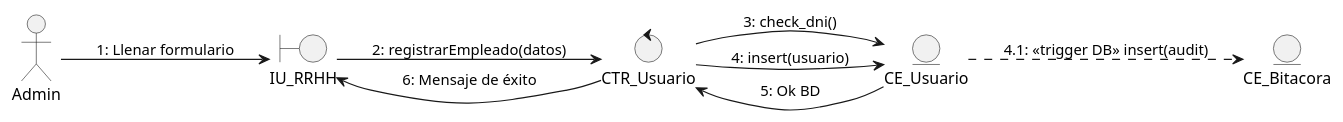
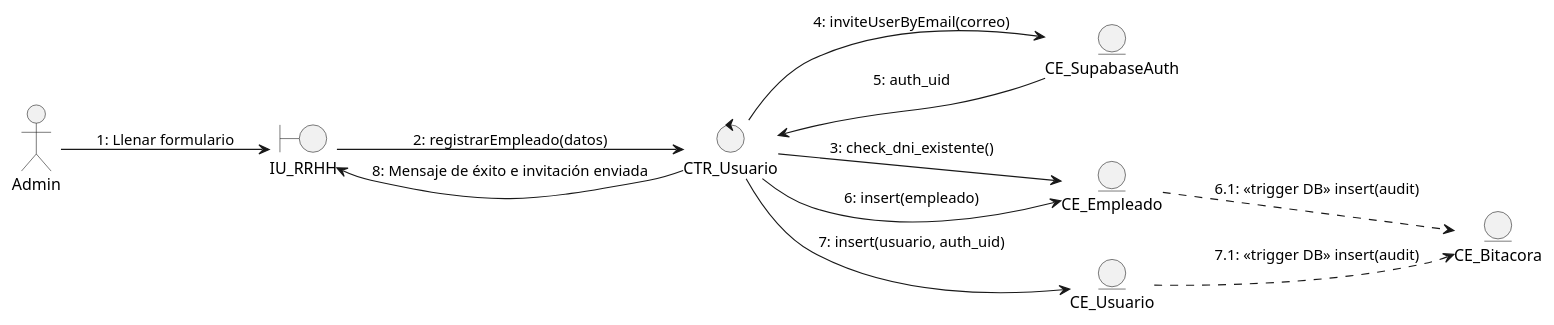
Before and after one commit to INGvainilla/grulacOFICIAL: diagram 25 of 46 in PROYECTO-MAIN/oficial/OFICIAL.md, drawn with PlantUML. The commit also changed other lines of this file and 21 other files, not shown here.

````diff
--- a/PROYECTO-MAIN/oficial/OFICIAL.md
+++ b/PROYECTO-MAIN/oficial/OFICIAL.md
@@ -2395,18 +2492,23 @@
 ```plantuml
 @startuml DCom_CU03
 left to right direction
 skinparam backgroundColor transparent
 actor "Admin" as Actor
 boundary "IU_RRHH" as IU
 control "CTR_Usuario" as CTR
-entity "CE_Usuario" as ENT
-entity "CE_Bitacora" as ENT2
+entity "CE_SupabaseAuth" as AUTH
+entity "CE_Empleado" as ENT1
+entity "CE_Usuario" as ENT2
+entity "CE_Bitacora" as ENT3
 Actor --> IU : 1: Llenar formulario
 IU --> CTR : 2: registrarEmpleado(datos)
-CTR --> ENT : 3: check_dni()
-CTR --> ENT : 4: insert(usuario)
-ENT ..> ENT2 : 4.1: <<trigger DB>> insert(audit)
-ENT --> CTR : 5: Ok BD
-CTR --> IU : 6: Mensaje de éxito
+CTR --> ENT1 : 3: check_dni_existente()
+CTR --> AUTH : 4: inviteUserByEmail(correo)
+AUTH --> CTR : 5: auth_uid
+CTR --> ENT1 : 6: insert(empleado)
+CTR --> ENT2 : 7: insert(usuario, auth_uid)
+ENT1 ..> ENT3 : 6.1: <<trigger DB>> insert(audit)
+ENT2 ..> ENT3 : 7.1: <<trigger DB>> insert(audit)
+CTR --> IU : 8: Mensaje de éxito e invitación enviada
 @enduml
 ```
````
